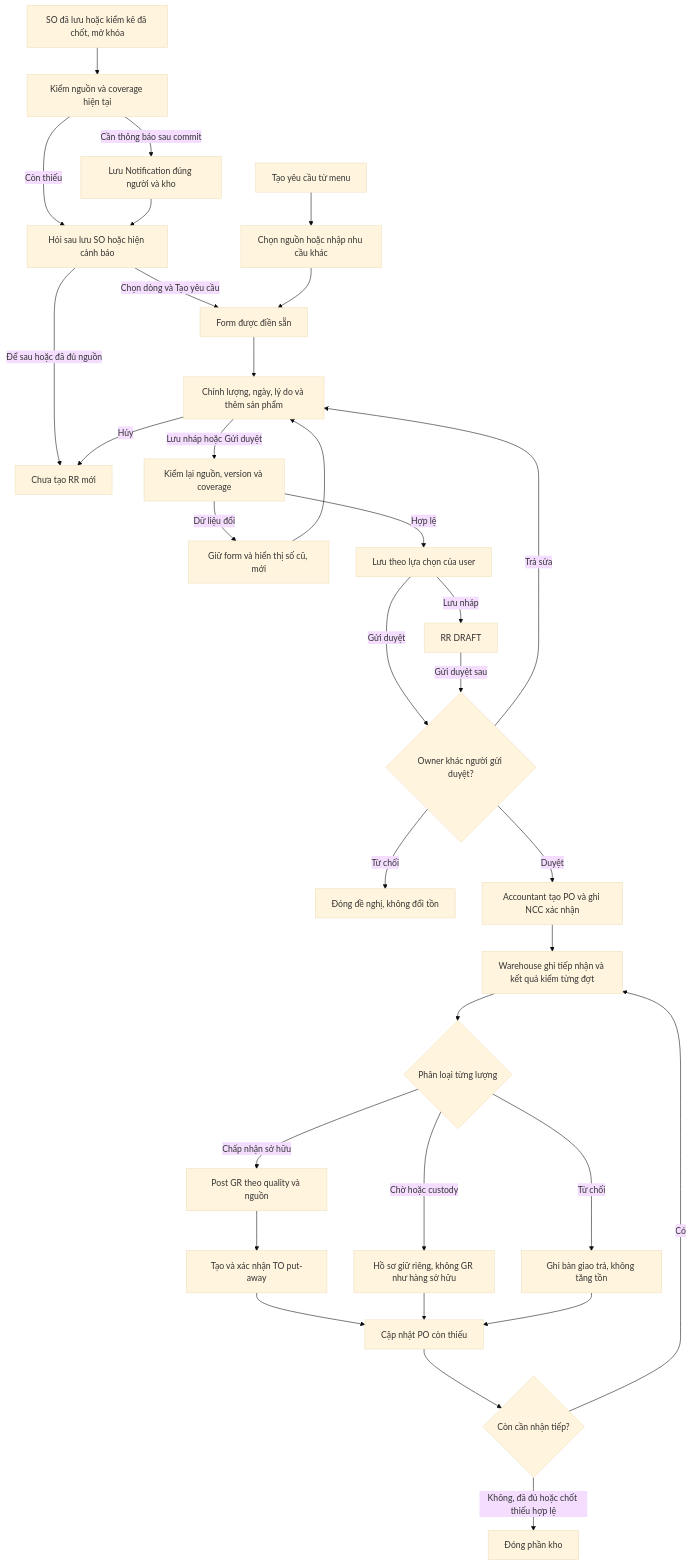
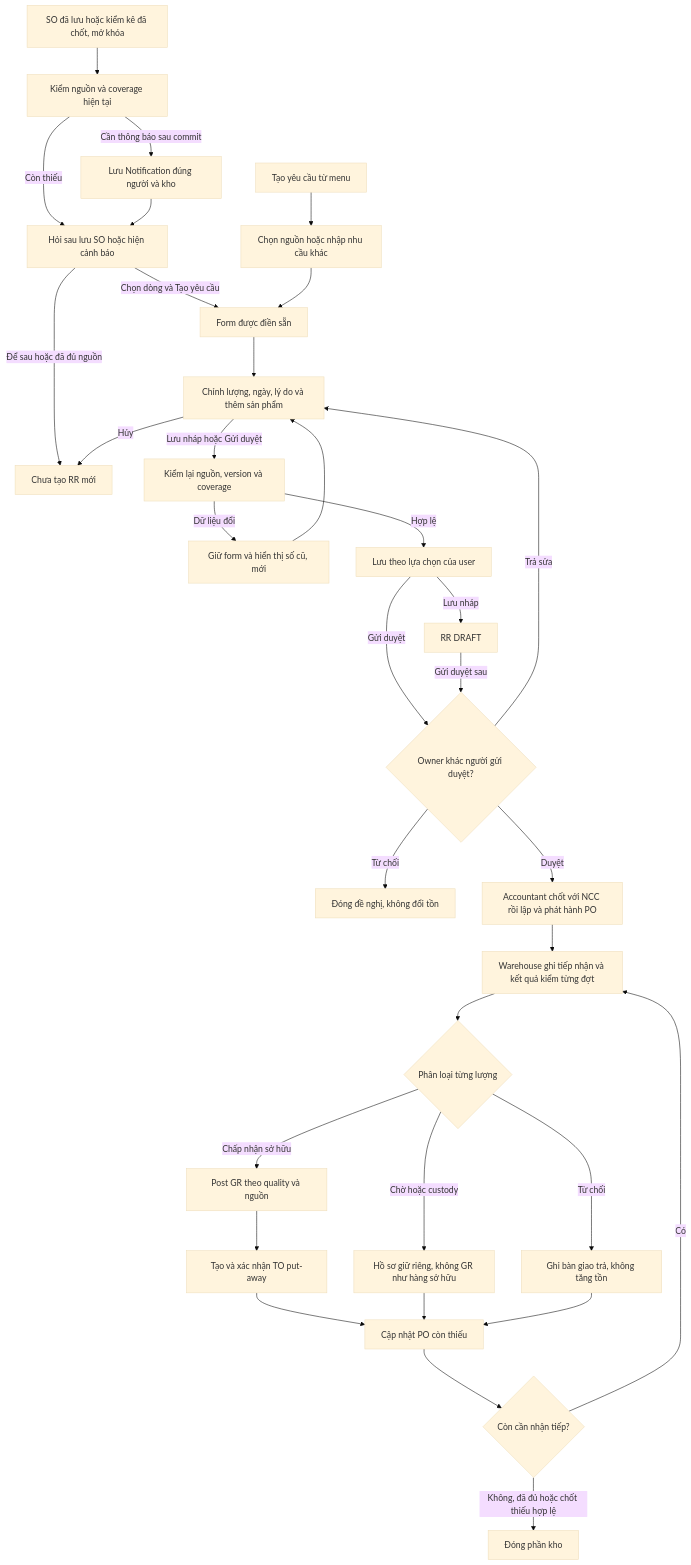
Before and after one commit to minhoa2005/building-material-management: the second of 9 diagrams in git_doc/docs/02_nghiep_vu/de_xuat_quy_trinh_2_VI.md, drawn with Mermaid (base theme). The commit also changed other lines of this file and 27 other files, not shown here.

````diff
--- a/git_doc/docs/02_nghiep_vu/de_xuat_quy_trinh_2_VI.md
+++ b/git_doc/docs/02_nghiep_vu/de_xuat_quy_trinh_2_VI.md
@@ -703,36 +703,36 @@
 ```mermaid
 %% WMSD business baseline 3.3.0 - synchronized 2026-10-27
 flowchart TD
  A[SO đã lưu hoặc kiểm kê đã chốt, mở khóa] --> EVAL[Kiểm nguồn và coverage hiện tại]
  EVAL -->|Còn thiếu| OPEN[Hỏi sau lưu SO hoặc hiện cảnh báo]
  EVAL -->|Cần thông báo sau commit| NOTICE[Lưu Notification đúng người và kho]
  NOTICE --> OPEN
  OPEN -->|Chọn dòng và Tạo yêu cầu| FORM[Form được điền sẵn]
  OPEN -->|Để sau hoặc đã đủ nguồn| WAIT[Chưa tạo RR mới]
  MENU[Tạo yêu cầu từ menu] --> SOURCE[Chọn nguồn hoặc nhập nhu cầu khác]
  SOURCE --> FORM
  FORM --> EDIT[Chỉnh lượng, ngày, lý do và thêm sản phẩm]
  EDIT -->|Hủy| WAIT
  EDIT -->|Lưu nháp hoặc Gửi duyệt| CHECK[Kiểm lại nguồn, version và coverage]
  CHECK -->|Dữ liệu đổi| REVIEW[Giữ form và hiển thị số cũ, mới]
  REVIEW --> EDIT
  CHECK -->|Hợp lệ| B[Lưu theo lựa chọn của user]
  B -->|Lưu nháp| DRAFT[RR DRAFT]
  B -->|Gửi duyệt| C{Owner khác người gửi duyệt?}
  DRAFT -->|Gửi duyệt sau| C
  C -->|Trả sửa| EDIT
  C -->|Từ chối| Z[Đóng đề nghị, không đổi tồn]
- C -->|Duyệt| D[Accountant tạo PO và ghi NCC xác nhận]
+ C -->|Duyệt| D[Accountant chốt với NCC rồi lập và phát hành PO]
  D --> E[Warehouse ghi tiếp nhận và kết quả kiểm từng đợt]
  E --> F{Phân loại từng lượng}
  F -->|Chấp nhận sở hữu| G[Post GR theo quality và nguồn]
  F -->|Chờ hoặc custody| H[Hồ sơ giữ riêng, không GR như hàng sở hữu]
  F -->|Từ chối| I[Ghi bàn giao trả, không tăng tồn]
  G --> T[Tạo và xác nhận TO put-away]
  T --> J[Cập nhật PO còn thiếu]
  H --> J
  I --> J
  J --> K{Còn cần nhận tiếp?}
  K -->|Có| E
  K -->|Không, đã đủ hoặc chốt thiếu hợp lệ| L[Đóng phần kho]
 ```
````
